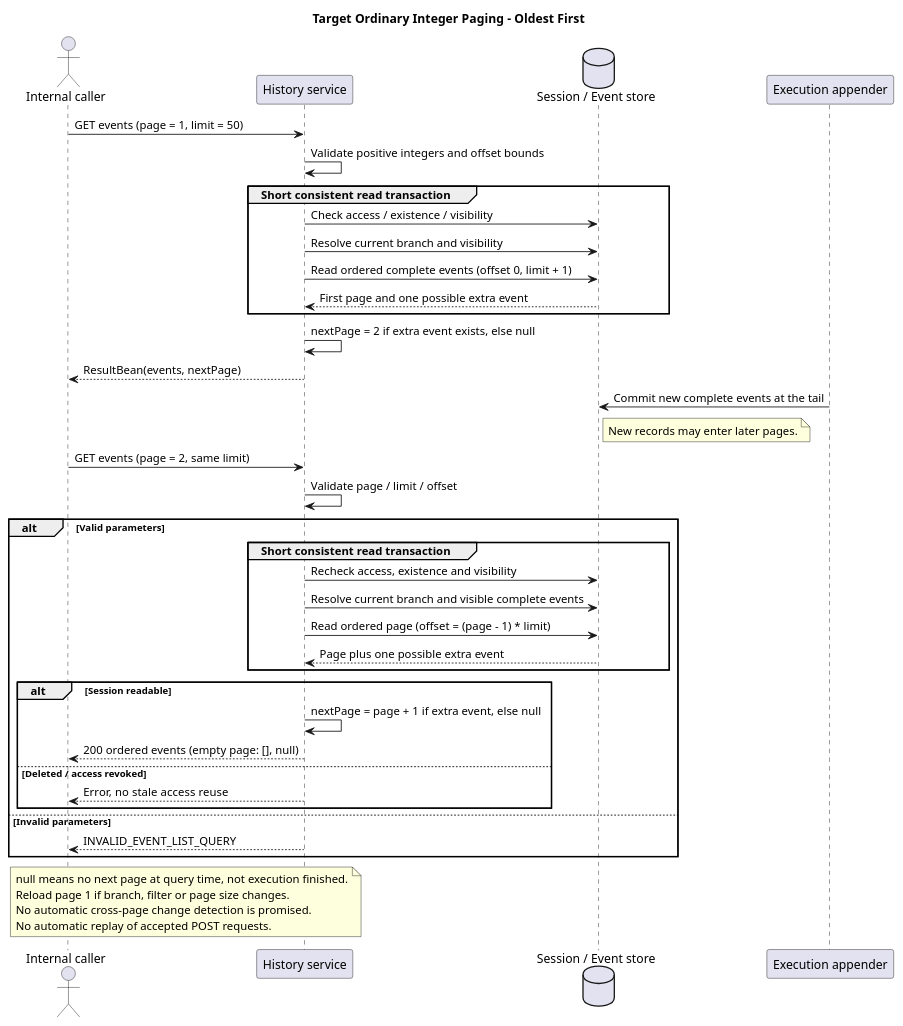
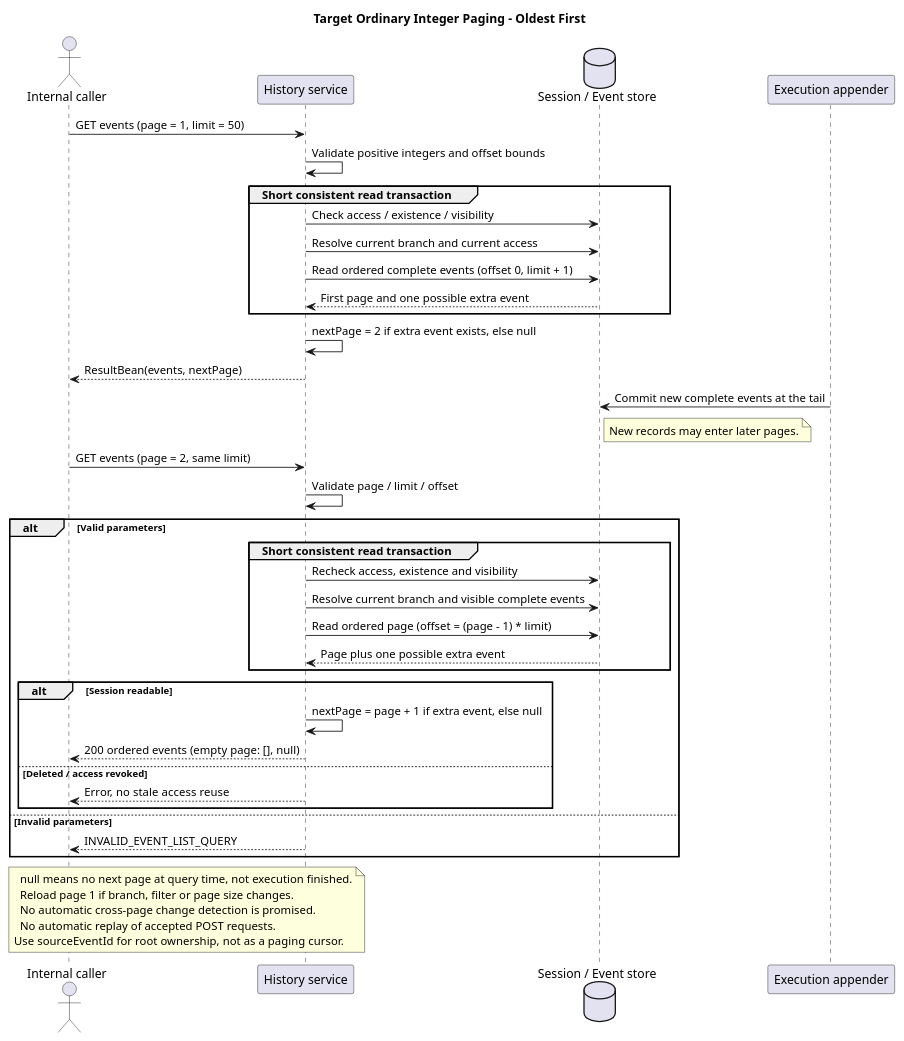
One commit to ssm0808/pi-mono-java-design changed the second of 2 diagrams in 01-总体架构/01-CampusClaw多Agent运行时/设计图/事件历史查询/diagram.puml. Above: the diagram before and after it, drawn with PlantUML. The commit also changed other lines of this file and 52 other files, not shown here.

```diff
--- a/01-总体架构/01-CampusClaw多Agent运行时/设计图/事件历史查询/diagram.puml
+++ b/01-总体架构/01-CampusClaw多Agent运行时/设计图/事件历史查询/diagram.puml
@@ -56,49 +58,50 @@
 @startuml target_event_history_paging
 title Target Ordinary Integer Paging - Oldest First
 ' Source baseline: pi-mono-java dfb90cac4e233e09a0b8f047f7e9f4682f5ad238
 ' Source: campusclaw/src/main/resources/mapper/session/RuntimeSessionMapper.xml, listCurrentBranch.
 ' Source: campusclaw/src/main/java/com/huawei/hicampus/claw/codingagent/runtimeapi/event/RuntimeEventQueryService.java, list/pageOf.
 ' Observed behavior: each current query resolves active_leaf_id again.
 ' Design reason: user approved ordinary pages without cross-request snapshots.
 ' Target-only: default 50, max 200, events/nextPage and empty-page success confirmed.
 actor "Internal caller" as C
 participant "History service" as Q
 database "Session / Event store" as D
 participant "Execution appender" as A
 C -> Q : GET events (page = 1, limit = 50)
 Q -> Q : Validate positive integers and offset bounds
 group Short consistent read transaction
   Q -> D : Check access / existence / visibility
-  Q -> D : Resolve current branch and visibility
+  Q -> D : Resolve current branch and current access
   Q -> D : Read ordered complete events (offset 0, limit + 1)
   D --> Q : First page and one possible extra event
 end
 Q -> Q : nextPage = 2 if extra event exists, else null
 Q --> C : ResultBean(events, nextPage)
 A -> D : Commit new complete events at the tail
 note right of D : New records may enter later pages.
 C -> Q : GET events (page = 2, same limit)
 Q -> Q : Validate page / limit / offset
 alt Valid parameters
   group Short consistent read transaction
     Q -> D : Recheck access, existence and visibility
     Q -> D : Resolve current branch and visible complete events
     Q -> D : Read ordered page (offset = (page - 1) * limit)
     D --> Q : Page plus one possible extra event
   end
   alt Session readable
     Q -> Q : nextPage = page + 1 if extra event, else null
     Q --> C : 200 ordered events (empty page: [], null)
   else Deleted / access revoked
     Q --> C : Error, no stale access reuse
   end
 else Invalid parameters
   Q --> C : INVALID_EVENT_LIST_QUERY
 end
 note over C,Q
   null means no next page at query time, not execution finished.
   Reload page 1 if branch, filter or page size changes.
   No automatic cross-page change detection is promised.
   No automatic replay of accepted POST requests.
+Use sourceEventId for root ownership, not as a paging cursor.
 end note
 @enduml
```
